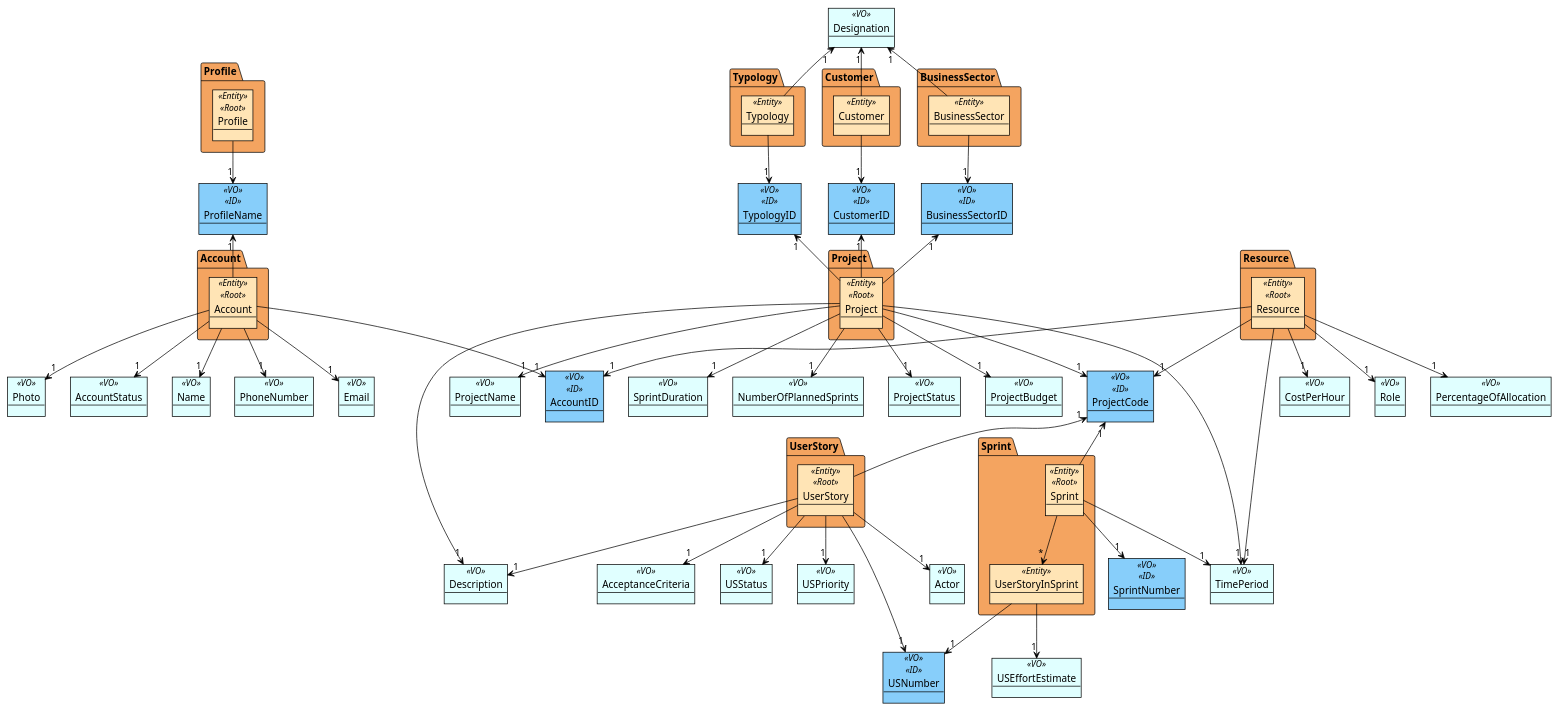
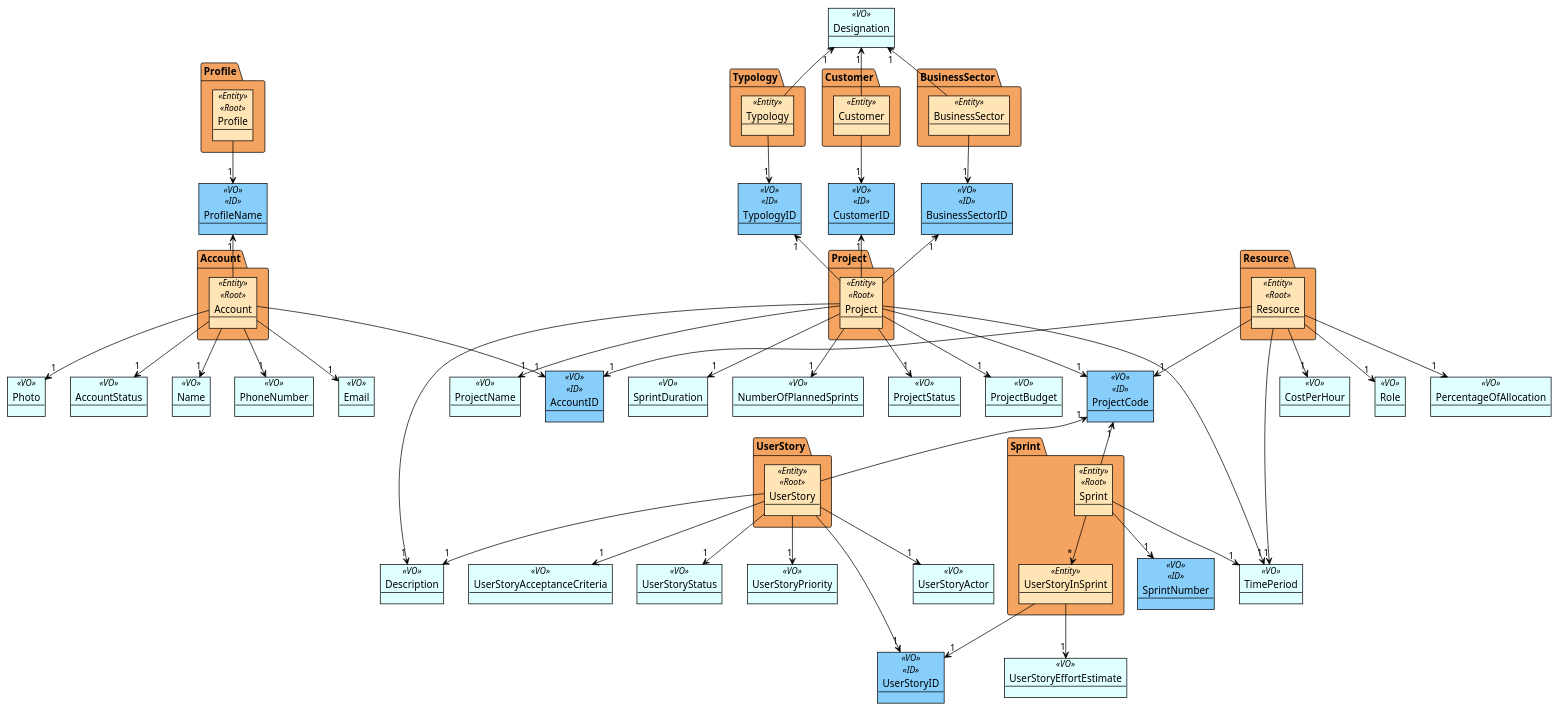
One commit to ivo-menezes/project_g3 changed the diagram in docs/modelling_design/domain_model_diagram/domain_model_diagramDDD.puml. Above: the diagram before and after it, drawn with PlantUML.

Commit message:
DDD Model: Analysis: Update version (addresses #4)

```diff
--- a/docs/modelling_design/domain_model_diagram/domain_model_diagramDDD.puml
+++ b/docs/modelling_design/domain_model_diagram/domain_model_diagramDDD.puml
@@ -1,149 +1,149 @@
 @startuml
 !theme plain
 'skinparam linetype ortho
 
 skinparam package {
     backgroundColor SandyBrown
 }
 
 skinparam object {
     backgroundColor LightCyan
 }
 
 skinparam object<<ID>> {
     backgroundColor LightSkyBlue
 }
 
 skinparam object<<Entity>> {
     backgroundColor Moccasin
 }
 
 ' - Value Objects
 ' -- plain VOs
 Object Name <<VO>>
 Object PhoneNumber <<VO>>
 Object Email <<VO>>
 Object Photo <<VO>>
 Object AccountStatus <<VO>>
 Object TimePeriod <<VO>>
 Object PercentageOfAllocation <<VO>>
 Object CostPerHour <<VO>>
 Object Role <<VO>>
-Object Actor <<VO>>
+Object UserStoryActor <<VO>>
 Object Description <<VO>>
-Object AcceptanceCriteria <<VO>>
+Object UserStoryAcceptanceCriteria <<VO>>
 Object ProjectName <<VO>>
 Object SprintDuration <<VO>>
 Object NumberOfPlannedSprints <<VO>>
 Object ProjectStatus <<VO>>
 Object ProjectBudget <<VO>>
-Object USEffortEstimate <<VO>>
-Object USStatus <<VO>>
-Object USPriority <<VO>>
+Object UserStoryEffortEstimate <<VO>>
+Object UserStoryStatus <<VO>>
+Object UserStoryPriority <<VO>>
 Object Designation <<VO>>
 
 ' -- DomainID VOs
 Object ProjectCode <<VO>> <<ID>>
 Object SprintNumber <<VO>> <<ID>>
-Object USNumber <<VO>> <<ID>>
+Object UserStoryID <<VO>> <<ID>>
 Object AccountID <<VO>> <<ID>>
 Object ProfileName <<VO>> <<ID>>
 Object TypologyID <<VO>> <<ID>>
 Object BusinessSectorID <<VO>> <<ID>>
 Object CustomerID <<VO>> <<ID>>
 
 ' - Entities in Aggregates (packages)
 package "Project" as Proj {
     Object Project <<Entity>> <<Root>>
 }
 
 Project -down-> "1" ProjectCode
 Project --> "1" ProjectName
 Project --> "1" Description
 Project --> "1" TimePeriod
 Project --> "1" SprintDuration
 Project --> "1" NumberOfPlannedSprints
 Project --> "1" ProjectStatus
 Project --> "1" ProjectBudget
 
 package "Sprint" as Spr {
     Object Sprint <<Entity>> <<Root>>
     Object UserStoryInSprint <<Entity>>
 }
 
 Sprint --> "*" UserStoryInSprint
 Sprint -up-> "1" ProjectCode
 Sprint --> "1" SprintNumber
 Sprint --> "1" TimePeriod
 
-UserStoryInSprint --> "1" USNumber
-UserStoryInSprint --> "1" USEffortEstimate
+UserStoryInSprint --> "1" UserStoryID
+UserStoryInSprint --> "1" UserStoryEffortEstimate
 
 package "UserStory" as US {
     Object UserStory <<Entity>> <<Root>>
 }
 
 UserStory -up-> "1" ProjectCode
-UserStory --> "1" USNumber
-UserStory --> "1" Actor
+UserStory --> "1" UserStoryID
+UserStory --> "1" UserStoryActor
 UserStory --> "1" Description
-UserStory --> "1" AcceptanceCriteria
-UserStory --> "1" USStatus
-UserStory --> "1" USPriority
+UserStory --> "1" UserStoryAcceptanceCriteria
+UserStory --> "1" UserStoryStatus
+UserStory --> "1" UserStoryPriority
 
 
 package "Account" as Acc {
     Object Account <<Entity>> <<Root>>
 }
 
 Account --> "1" Name
 Account -->  "1" PhoneNumber
 Account --> "1" Email
 Account --> "1" Photo
 Account --> "1" AccountStatus
 Account --> "1" AccountID
 
 package "Resource" as Res {
     Object Resource <<Entity>> <<Root>>
 }
 
 Resource --> "1" TimePeriod
 Resource --> "1" PercentageOfAllocation
 Resource --> "1" CostPerHour
 Resource --> "1" Role
 Resource --> "1" ProjectCode
 Resource --> "1" AccountID
 
 package Typology as Typo {
     Object Typology <<Entity>>
     }
 
 Typology -up-> "1" Designation
 Typology --> "1" TypologyID
 Project -up-> "1" TypologyID
 
 package BusinessSector as Bus {
     Object BusinessSector <<Entity>>
             }
 
 BusinessSector -up-> "1" Designation
 BusinessSector --> "1" BusinessSectorID
 Project -up-> "1" BusinessSectorID
 
 package Customer as Cost {
     Object Customer <<Entity>>
     }
 
 Customer -up-> "1" Designation
 Customer --> "1" CustomerID
 Project -up-> "1" CustomerID
 
 package "Profile" as Prof {
     Object Profile <<Entity>> <<Root>>
     }
 
 Profile --> "1" ProfileName
 
 Account -up-> "1" ProfileName
 
 @enduml
```
